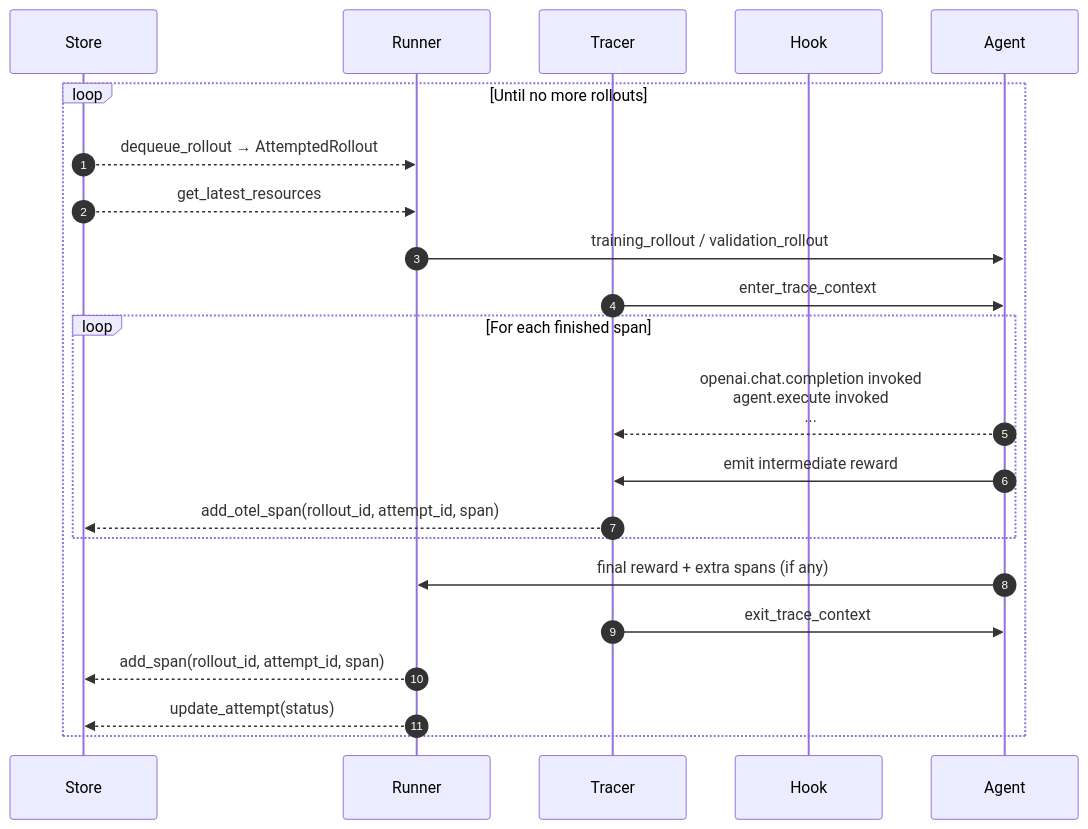
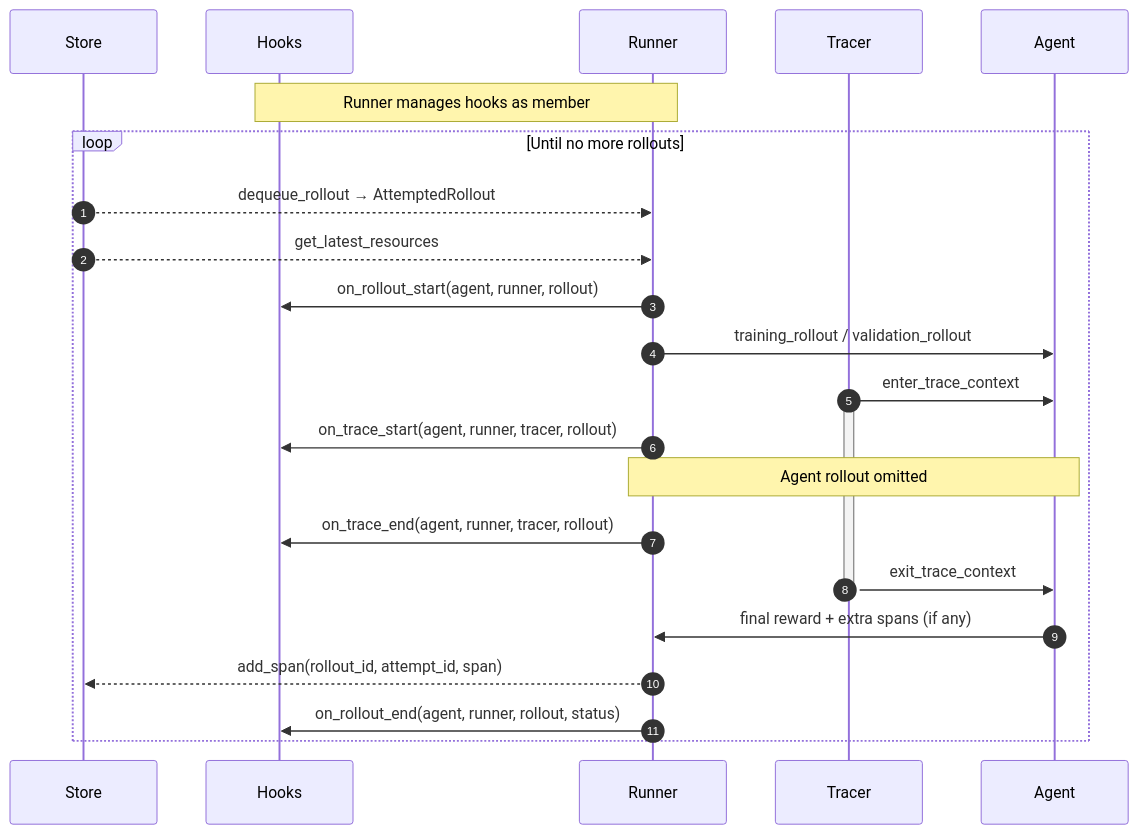
The third of 6 diagrams in docs/deep-dive/birds-eye-view.md (microsoft/agent-lightning), drawn with Mermaid before and after one commit. The commit also changed other lines of this file, not shown here.

````diff
--- a/docs/deep-dive/birds-eye-view.md
+++ b/docs/deep-dive/birds-eye-view.md
@@ -85,26 +85,29 @@
 ```mermaid
 sequenceDiagram
     autonumber
     participant Store
+    participant Hooks
     participant Runner
     participant Tracer
-    participant Hook
     participant Agent
+
+    Note over Runner,Hooks: Runner manages hooks as member
 
     loop Until no more rollouts
         Store-->>Runner: dequeue_rollout → AttemptedRollout
         Store-->>Runner: get_latest_resources
 
+        Runner->>Hooks: on_rollout_start(agent, runner, rollout)
         Runner->>Agent: training_rollout / validation_rollout
         Tracer->>Agent: enter_trace_context
-        loop For each finished span
-            Agent-->>Tracer: openai.chat.completion invoked<br>agent.execute invoked<br>...
-            Agent->>Tracer: emit intermediate reward
-            Tracer-->>Store: add_otel_span(rollout_id, attempt_id, span)
-        end
+        activate Tracer
+        Runner->>Hooks: on_trace_start(agent, runner, tracer, rollout)
+        Note over Runner,Agent: Agent rollout omitted
+        Runner->>Hooks: on_trace_end(agent, runner, tracer, rollout)
+        Tracer->>Agent: exit_trace_context
+        deactivate Tracer
         Agent->>Runner: final reward + extra spans (if any)
-        Tracer->>Agent: exit_trace_context
         Runner-->>Store: add_span(rollout_id, attempt_id, span)
-        Runner-->>Store: update_attempt(status)
+        Runner->>Hooks: on_rollout_end(agent, runner, rollout, status)
     end
 ```
````
